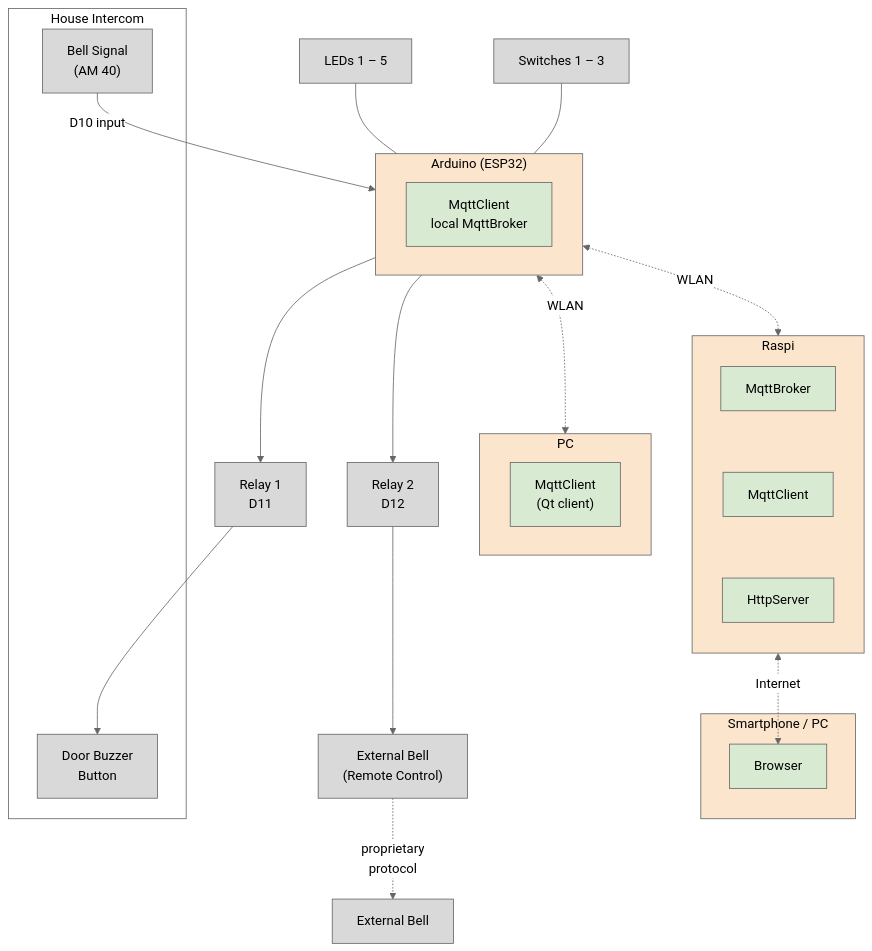
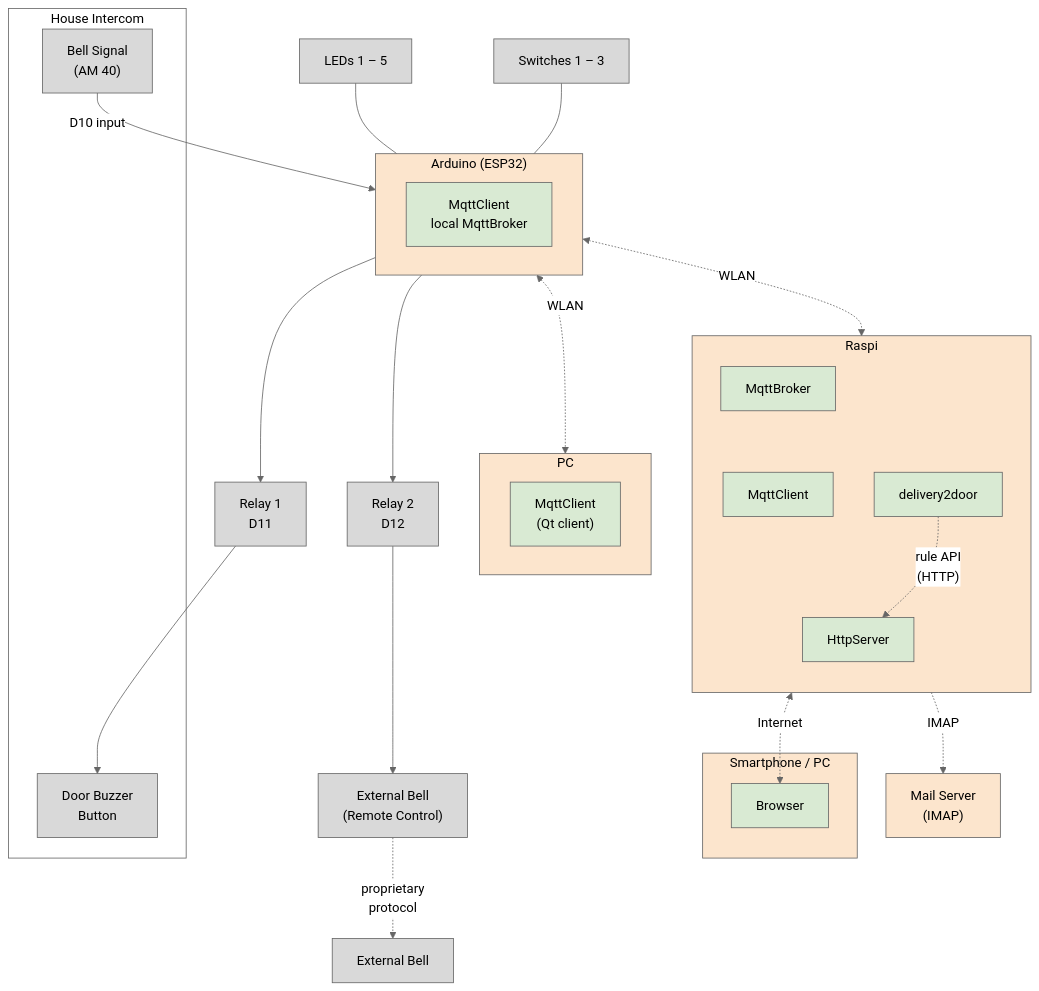
One commit to patrickroocks/doorbell changed the diagram in doc/system-sketch.md. Above: the diagram before and after it, drawn with Mermaid (neutral theme). The commit also changed other lines of this file and 107 other files, not shown here.

Commit message:
doorbell server 0.3, arduino broker 0.3, QQ client 0.2.2. Added delivery2door, emulated device 0.1

````diff
--- a/doc/system-sketch.md
+++ b/doc/system-sketch.md
@@ -50,58 +50,64 @@
 ```mermaid
 flowchart TB
     LEDS["LEDs 1 – 5"]
     SWS["Switches 1 – 3"]
 
     subgraph ESP["Arduino (ESP32)"]
         EMQTT["MqttClient<br>local MqttBroker"]
     end
 
     R1["Relay 1<br>D11"]
     R2["Relay 2<br>D12"]
 
     subgraph INTERCOM["House Intercom"]
         BELLSIG["Bell Signal<br>(AM 40)"]
         BUZZBTN["Door Buzzer<br>Button"]
     end
 
     EXTRC["External Bell<br>(Remote Control)"]
     EXTBELL["External Bell"]
 
     subgraph RASPI["Raspi"]
         direction TB
         RBROKER["MqttBroker"]
         RMQTT["MqttClient"]
         RHTTP["HttpServer"]
+        RD2D["delivery2door"]
         RBROKER ~~~ RMQTT ~~~ RHTTP
     end
+
+    MAIL["Mail Server<br>(IMAP)"]
 
     subgraph PC["PC"]
         PMQTT["MqttClient<br>(Qt client)"]
     end
 
     subgraph MOBILE["Smartphone / PC"]
         BROWSER["Browser"]
     end
 
     LEDS --- ESP
     SWS --- ESP
     ESP --> R1
     ESP --> R2
     BELLSIG -->|"D10 input"| ESP
     R1 --> BUZZBTN
     R2 --> EXTRC
     EXTRC -. "proprietary<br>protocol" .-> EXTBELL
     ESP <-. WLAN .-> RASPI
     ESP <-. WLAN .-> PC
     RHTTP <-. Internet .-> BROWSER
+    RD2D -. "rule API<br>(HTTP)" .-> RHTTP
+    RD2D -. "IMAP" .-> MAIL
 
     classDef hw fill:#d9d9d9,stroke:#666666,color:#000000
     classDef sw fill:#d9ead3,stroke:#666666,color:#000000
     class LEDS,SWS,R1,R2,BELLSIG,BUZZBTN,EXTRC,EXTBELL hw
-    class EMQTT,RBROKER,RMQTT,RHTTP,PMQTT,BROWSER sw
+    class EMQTT,RBROKER,RMQTT,RHTTP,RD2D,PMQTT,BROWSER sw
+    style MAIL fill:#fce5cd,stroke:#666666,color:#000000
     style ESP fill:#fce5cd,stroke:#666666,color:#000000
     style RASPI fill:#fce5cd,stroke:#666666,color:#000000
     style PC fill:#fce5cd,stroke:#666666,color:#000000
     style MOBILE fill:#fce5cd,stroke:#666666,color:#000000
     style INTERCOM fill:#ffffff,stroke:#666666,color:#000000
 ```
````
